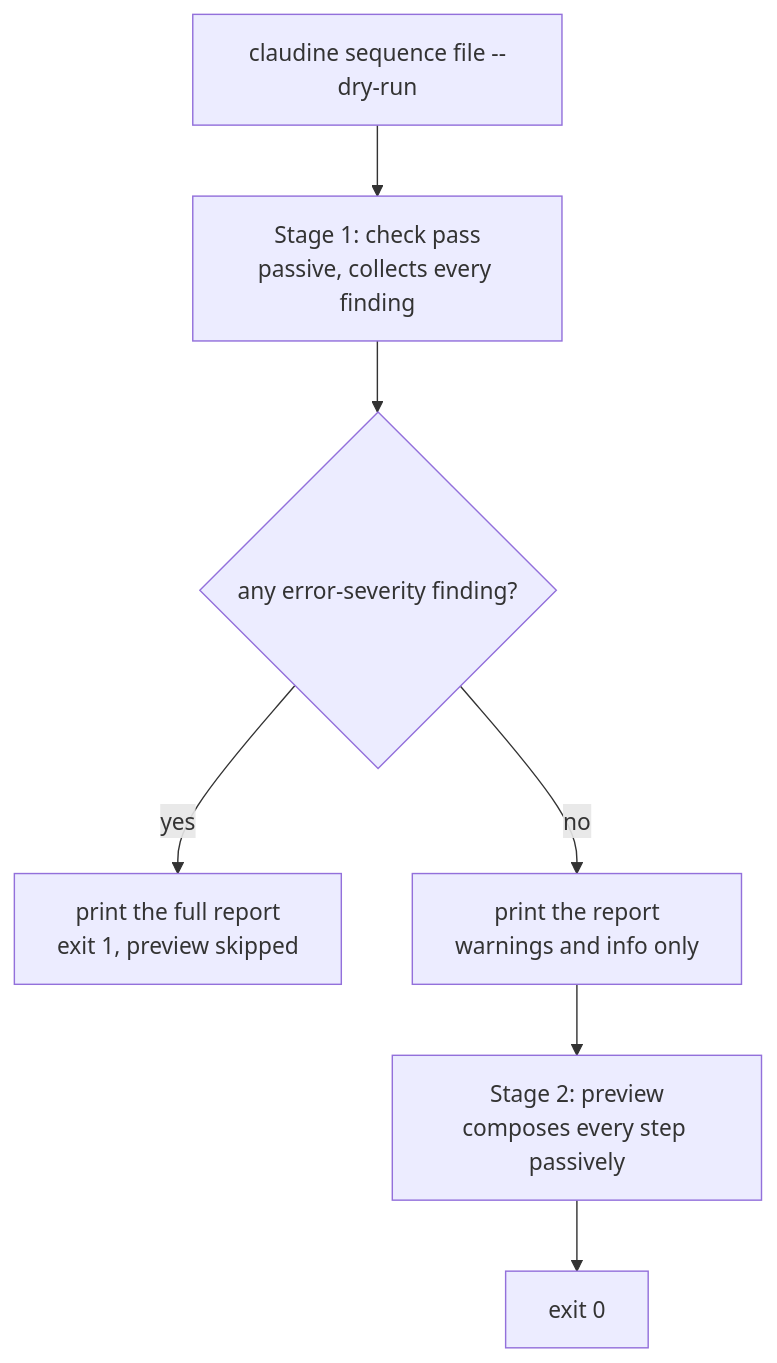
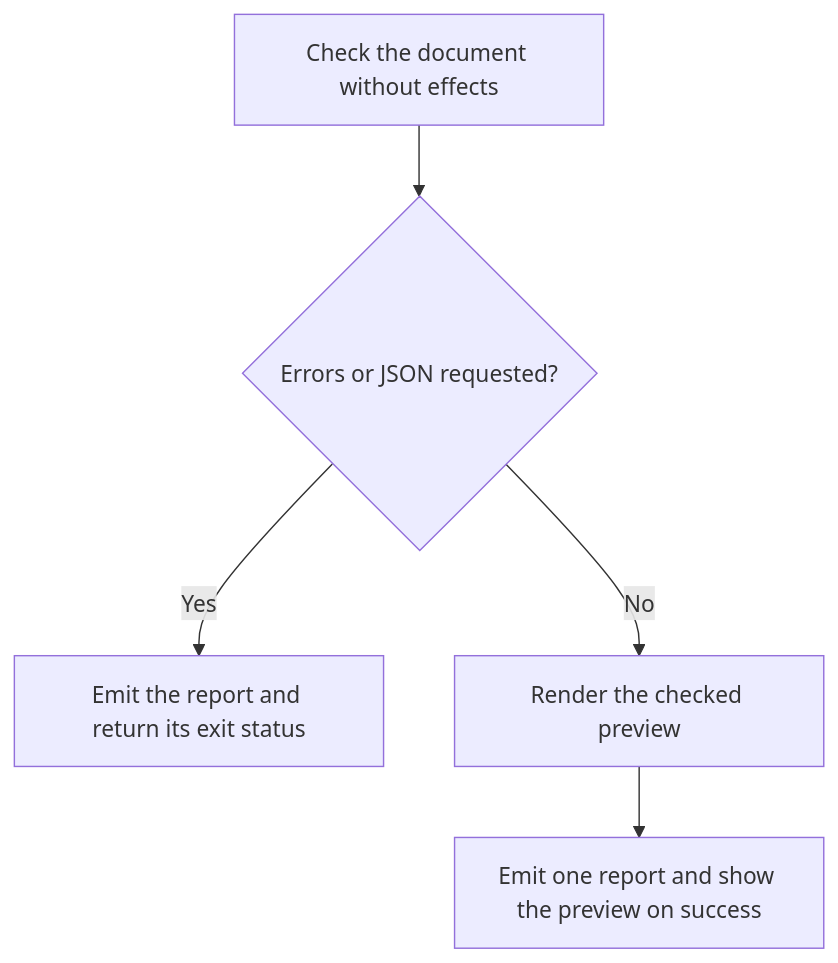
Before and after one commit to yankeeinlondon/rusty-biscuit: the diagram in claudine/features/2026-11-22-better-errors-and-dry-run/spec.md, drawn with Mermaid. The commit also changed other lines of this file, not shown here.

First line of the commit message:
planning(claudine): accept review of better-errors-and-dry-run

````diff
--- a/claudine/features/2026-11-22-better-errors-and-dry-run/spec.md
+++ b/claudine/features/2026-11-22-better-errors-and-dry-run/spec.md
@@ -336,9 +335,7 @@
 ```mermaid
 flowchart TD
-    A[claudine sequence file --dry-run] --> B[Stage 1: check pass<br/>passive, collects every finding]
-    B --> C{any error-severity finding?}
-    C -- yes --> D[print the full report<br/>exit 1, preview skipped]
-    C -- no --> E[print the report<br/>warnings and info only]
-    E --> F[Stage 2: preview<br/>composes every step passively]
-    F --> G[exit 0]
+    A[Check the document without effects] --> B{Errors or JSON requested?}
+    B -- Yes --> D[Emit the report and return its exit status]
+    B -- No --> E[Render the checked preview]
+    E --> G[Emit one report and show the preview on success]
 ```
````
